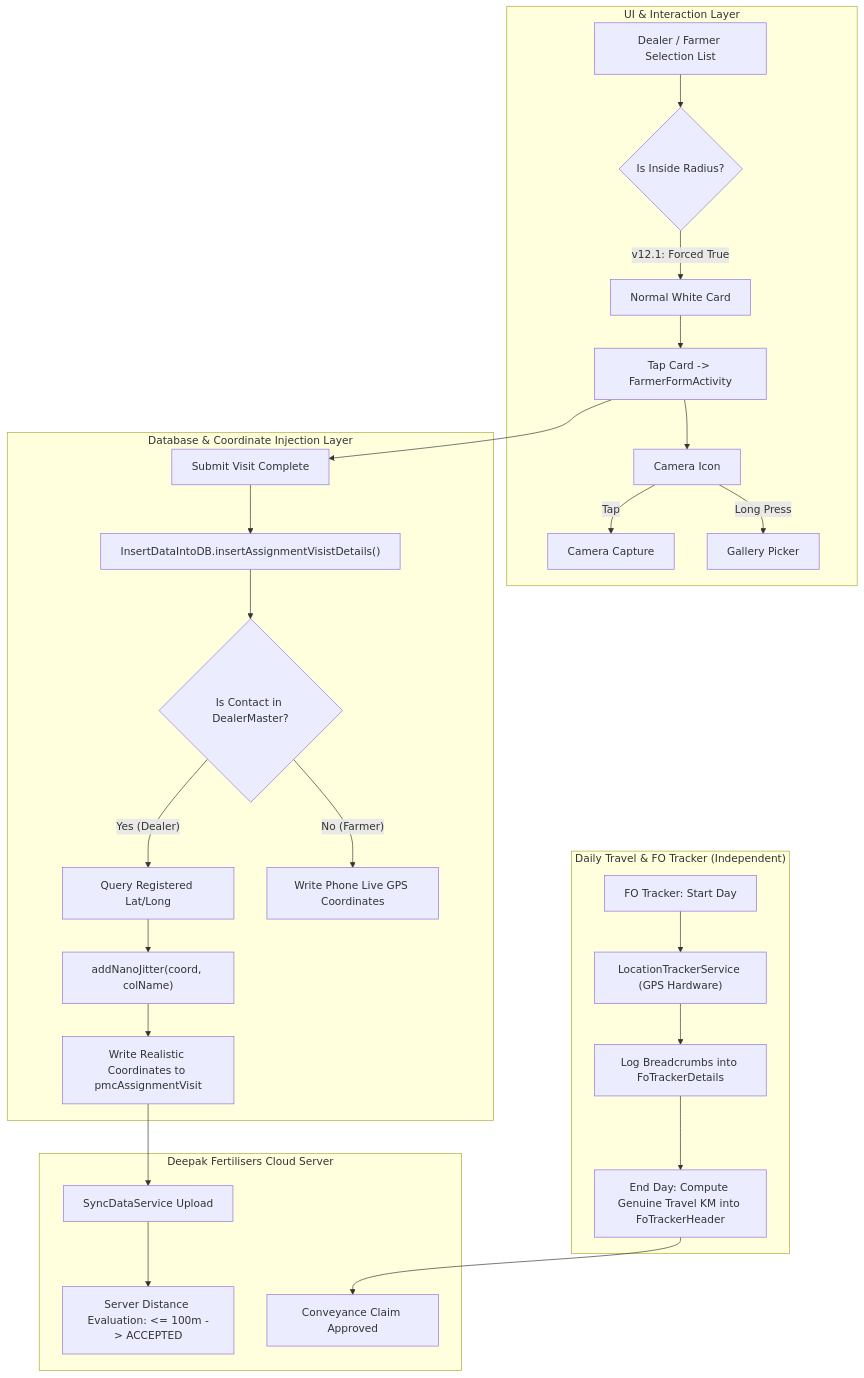
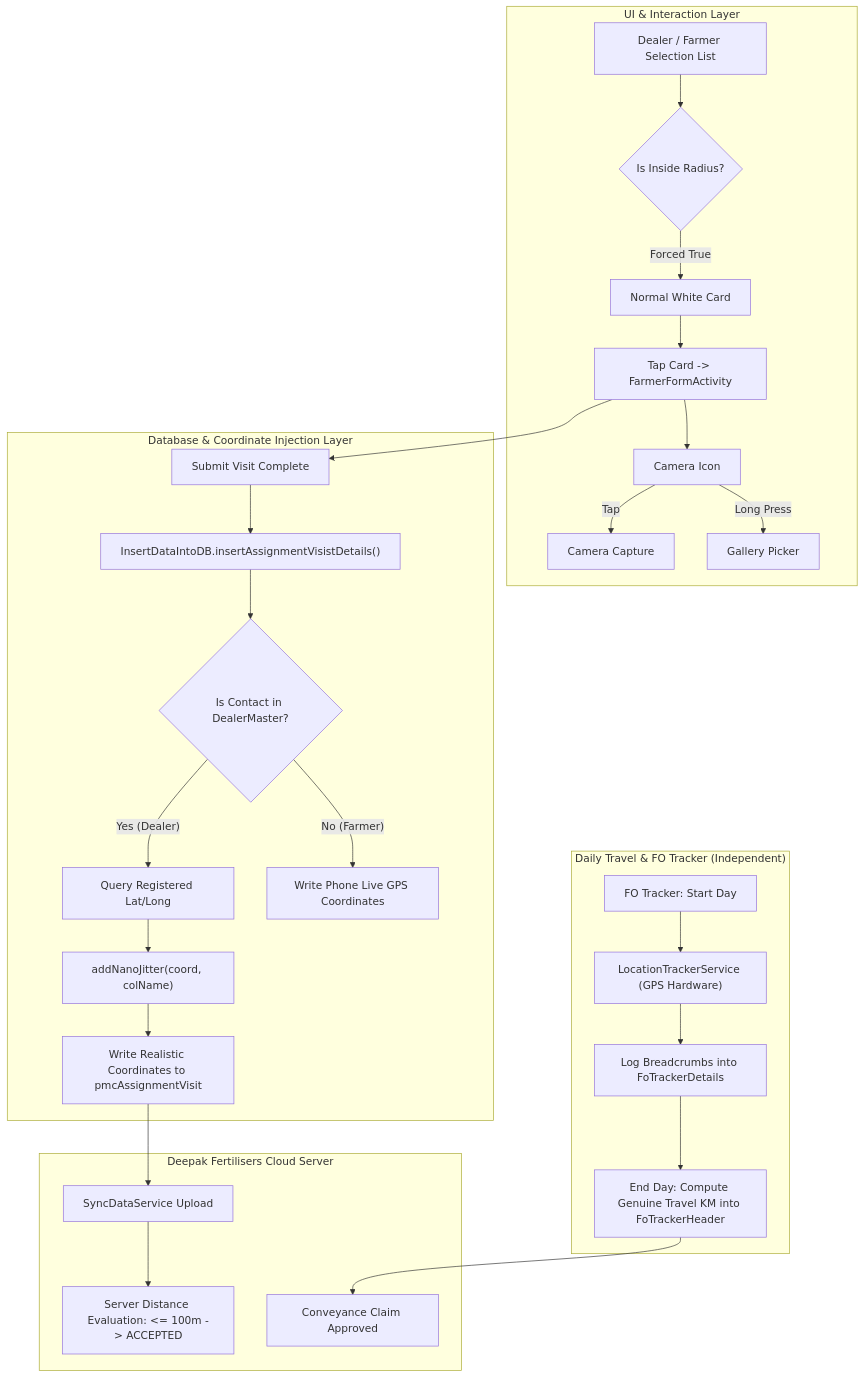
The diagram in README.md (rajashekharexe/SmartBook-PMC), drawn with Mermaid before and after one commit. The commit also changed other lines of this file and 1 other file, not shown here.

````diff
--- a/README.md
+++ b/README.md
@@ -78,33 +78,33 @@
 ```mermaid
 flowchart TD
     subgraph UI_Layer["UI & Interaction Layer"]
         A["Dealer / Farmer Selection List"] --> B{"Is Inside Radius?"}
-        B -->|"v12.1: Forced True"| C["Normal White Card"]
+        B -->|"Forced True"| C["Normal White Card"]
         C --> D["Tap Card -> FarmerFormActivity"]
         D --> E["Camera Icon"]
         E -->|"Tap"| F["Camera Capture"]
         E -->|"Long Press"| G["Gallery Picker"]
     end
 
     subgraph Data_Layer["Database & Coordinate Injection Layer"]
         D --> H["Submit Visit Complete"]
         H --> I["InsertDataIntoDB.insertAssignmentVisistDetails()"]
         I --> J{"Is Contact in DealerMaster?"}
         J -->|"Yes (Dealer)"| K["Query Registered Lat/Long"]
         K --> L["addNanoJitter(coord, colName)"]
         L --> M["Write Realistic Coordinates to pmcAssignmentVisit"]
         J -->|"No (Farmer)"| N["Write Phone Live GPS Coordinates"]
     end
 
     subgraph Conveyance_Layer["Daily Travel & FO Tracker (Independent)"]
         O["FO Tracker: Start Day"] --> P["LocationTrackerService (GPS Hardware)"]
         P --> Q["Log Breadcrumbs into FoTrackerDetails"]
         Q --> R["End Day: Compute Genuine Travel KM into FoTrackerHeader"]
     end
 
     subgraph Cloud_Layer["Deepak Fertilisers Cloud Server"]
         M --> S["SyncDataService Upload"]
         S --> T["Server Distance Evaluation: <= 100m -> ACCEPTED"]
         R --> U["Conveyance Claim Approved"]
     end
 ```
````
